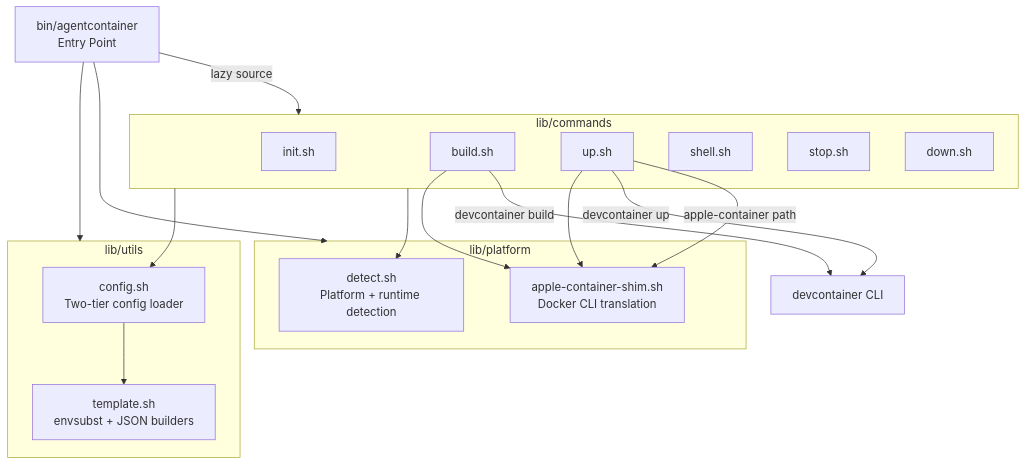
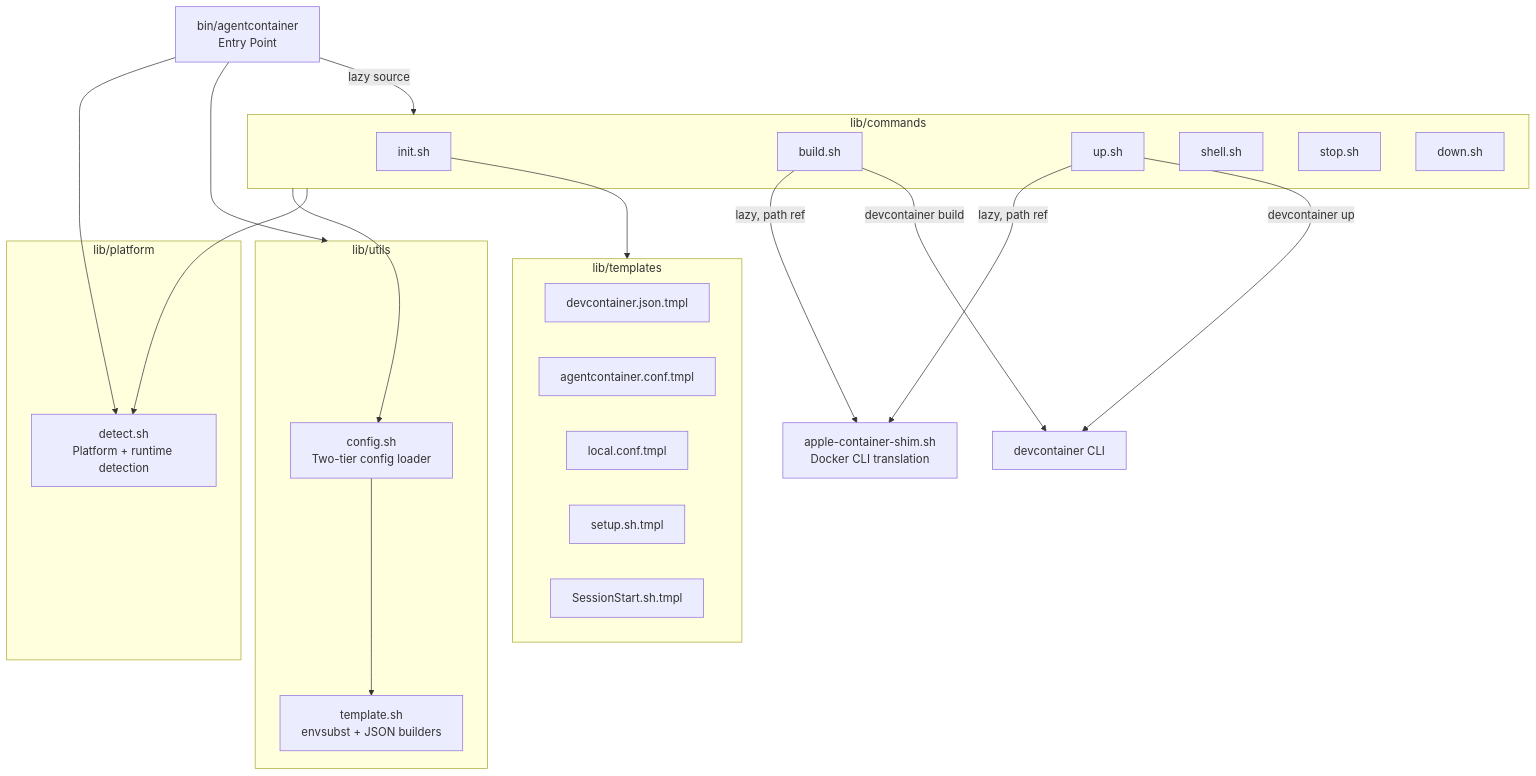
One commit to whfreelove/agentcontainer changed the first of 2 diagrams in openspec/changes/brownfield-documentation/technical.md. Above: the diagram before and after it, drawn with Mermaid. The commit also changed other lines of this file and 11 other files, not shown here.

````diff
--- a/openspec/changes/brownfield-documentation/technical.md
+++ b/openspec/changes/brownfield-documentation/technical.md
@@ -24,34 +24,43 @@
 ```mermaid
 graph TD
     EP[bin/agentcontainer<br/>Entry Point] --> UTILS[lib/utils/]
-    EP --> PLATFORM[lib/platform/]
+    EP --> DETECT
     EP -->|lazy source| COMMANDS[lib/commands/]
 
     subgraph UTILS[lib/utils]
         CONFIG[config.sh<br/>Two-tier config loader]
         TEMPLATE[template.sh<br/>envsubst + JSON builders]
     end
 
     subgraph PLATFORM[lib/platform]
         DETECT[detect.sh<br/>Platform + runtime detection]
-        SHIM[apple-container-shim.sh<br/>Docker CLI translation]
+    end
+
+    SHIM[apple-container-shim.sh<br/>Docker CLI translation]
+
+    subgraph TEMPLATES[lib/templates]
+        TMPL_DC[devcontainer.json.tmpl]
+        TMPL_CONF[agentcontainer.conf.tmpl]
+        TMPL_LOCAL[local.conf.tmpl]
+        TMPL_SETUP[setup.sh.tmpl]
+        TMPL_HOOK[SessionStart.sh.tmpl]
     end
 
     subgraph COMMANDS[lib/commands]
         INIT[init.sh]
         BUILD[build.sh]
         UP[up.sh]
         SHELL[shell.sh]
         STOP[stop.sh]
         DOWN[down.sh]
     end
 
     CONFIG --> TEMPLATE
-    BUILD --> SHIM
-    UP --> SHIM
+    BUILD -->|lazy, path ref| SHIM
+    UP -->|lazy, path ref| SHIM
     COMMANDS --> CONFIG
     COMMANDS --> DETECT
+    INIT --> TEMPLATES
     BUILD -->|devcontainer build| DCC[devcontainer CLI]
     UP -->|devcontainer up| DCC
-    UP -->|apple-container path| SHIM
 ```
````
